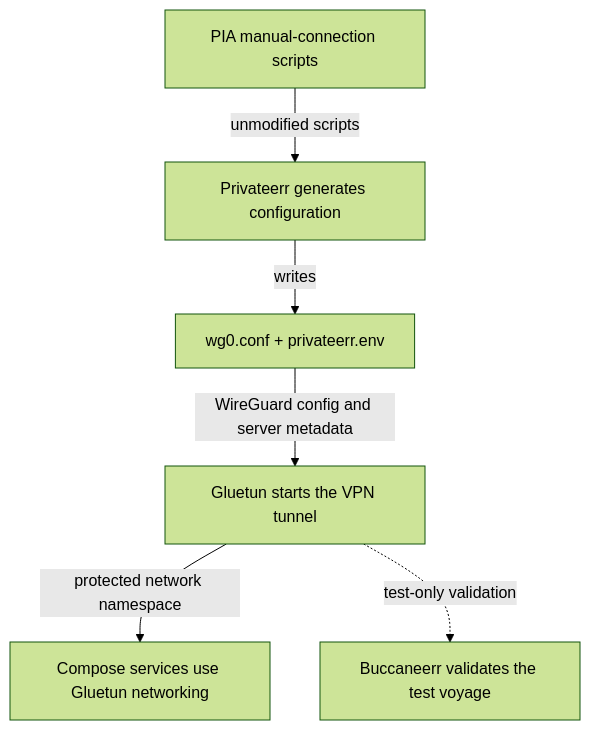
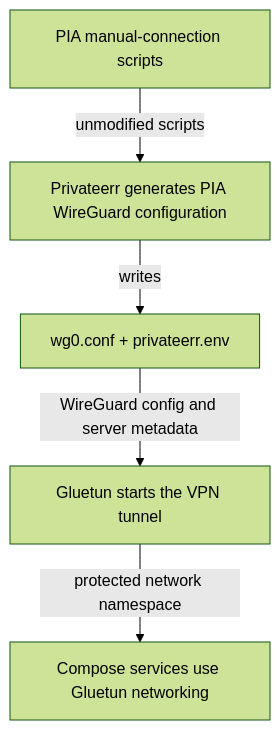
One commit to scottgigawatt/privateerr changed the diagram in README.md. Above: the diagram before and after it, drawn with Mermaid (forest theme). The commit also changed other lines of this file, not shown here.

````diff
--- a/README.md
+++ b/README.md
@@ -69,15 +71,13 @@
 ```mermaid
 flowchart TB
     PIA["PIA manual-connection scripts"]
-    Privateerr["Privateerr generates configuration"]
+    Privateerr["Privateerr generates PIA WireGuard configuration"]
     Files["wg0.conf + privateerr.env"]
     Gluetun["Gluetun starts the VPN tunnel"]
     Services["Compose services use Gluetun networking"]
-    Buccaneerr["Buccaneerr validates the test voyage"]
 
     PIA -->|unmodified scripts| Privateerr
     Privateerr -->|writes| Files
     Files -->|WireGuard config and server metadata| Gluetun
     Gluetun -->|protected network namespace| Services
-    Gluetun -.->|test-only validation| Buccaneerr
 ```
````
